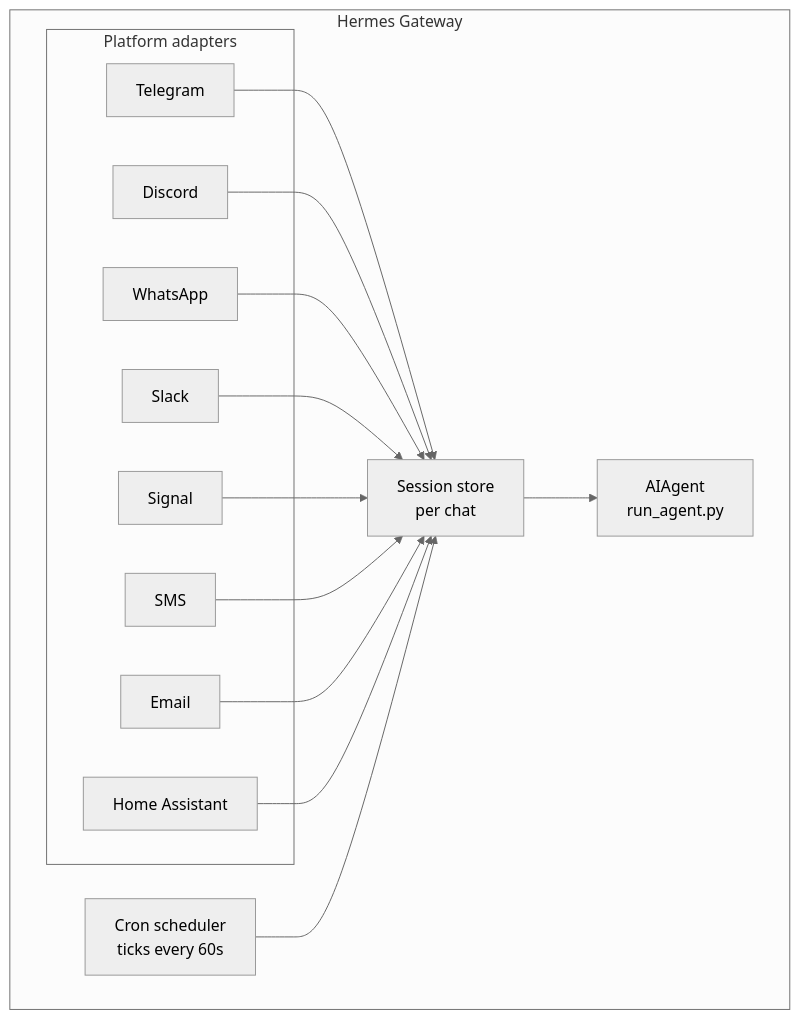
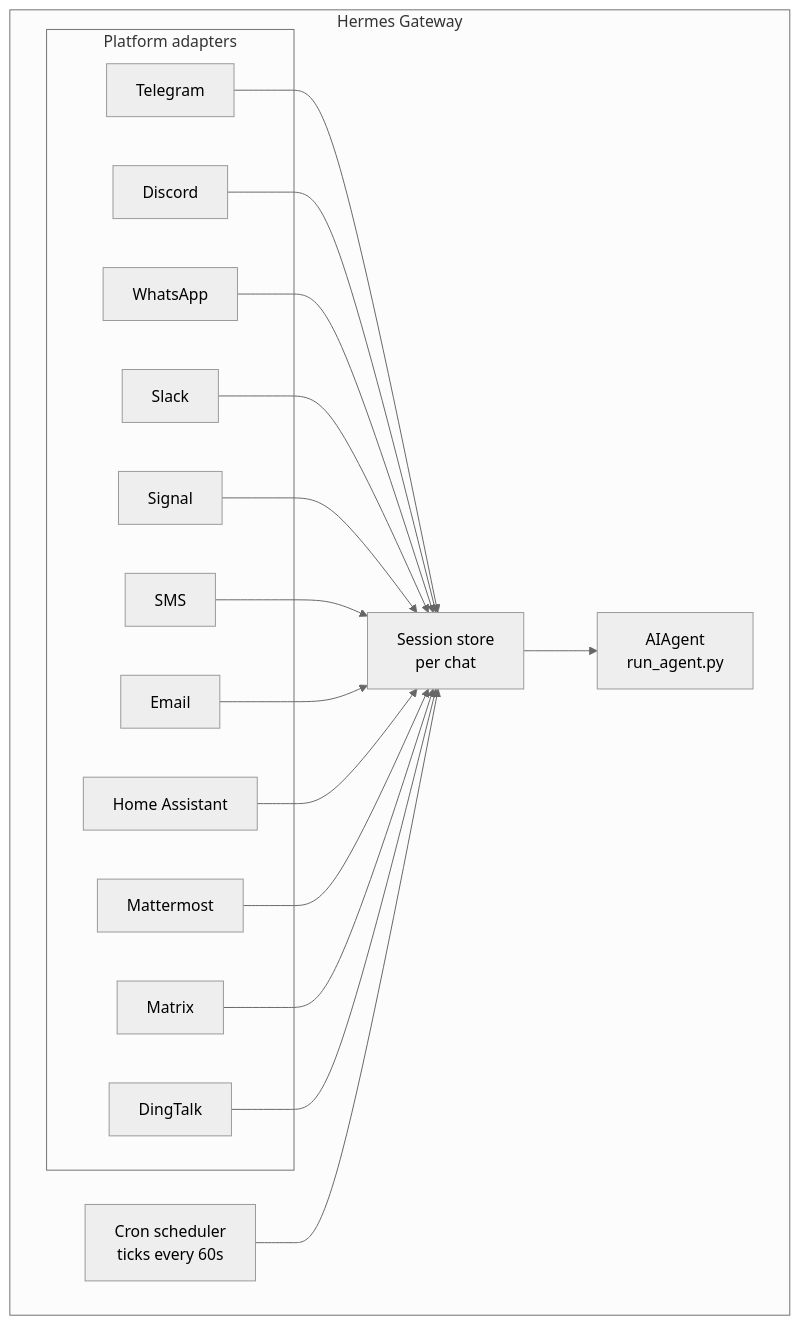
Before and after one commit to BeardedChop/hermes-agent: the diagram in website/docs/user-guide/messaging/index.md, drawn with Mermaid (neutral theme). The commit also changed other lines of this file and 8 other files, not shown here.

````diff
--- a/website/docs/user-guide/messaging/index.md
+++ b/website/docs/user-guide/messaging/index.md
@@ -15,30 +15,36 @@
 ```mermaid
 flowchart TB
     subgraph Gateway["Hermes Gateway"]
         subgraph Adapters["Platform adapters"]
             tg[Telegram]
             dc[Discord]
             wa[WhatsApp]
             sl[Slack]
             sig[Signal]
             sms[SMS]
             em[Email]
             ha[Home Assistant]
+            mm[Mattermost]
+            mx[Matrix]
+            dt[DingTalk]
         end
 
         store["Session store<br/>per chat"]
         agent["AIAgent<br/>run_agent.py"]
         cron["Cron scheduler<br/>ticks every 60s"]
     end
 
     tg --> store
     dc --> store
     wa --> store
     sl --> store
     sig --> store
     sms --> store
     em --> store
     ha --> store
+    mm --> store
+    mx --> store
+    dt --> store
     store --> agent
     cron --> store
 ```
````
